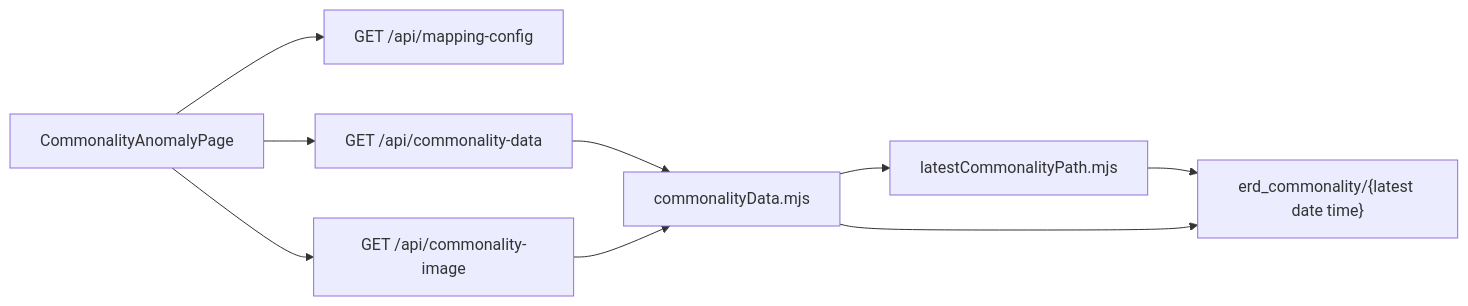
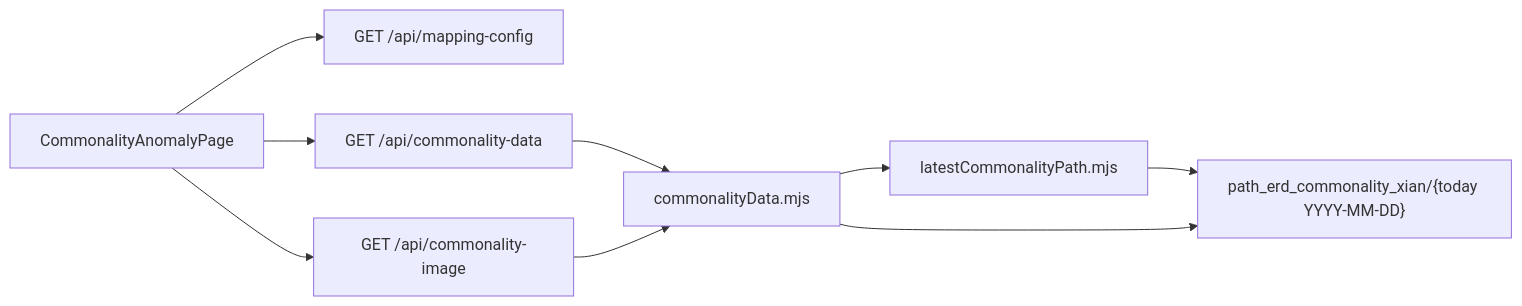
One commit to mlbarod/l0_spider_scs changed the seventh of 12 diagrams in web_structure.md. Above: the diagram before and after it, drawn with Mermaid. The commit also changed other lines of this file and 15 other files, not shown here.

````diff
--- a/web_structure.md
+++ b/web_structure.md
@@ -366,14 +367,14 @@
 ```mermaid
 flowchart LR
     PAGE["CommonalityAnomalyPage"]
     MAPAPI["GET /api/mapping-config"]
     DATAAPI["GET /api/commonality-data"]
     NODE["commonalityData.mjs"]
     LATEST["latestCommonalityPath.mjs"]
-    ROOT["erd_commonality/{latest date time}"]
+    ROOT["path_erd_commonality_xian/{today YYYY-MM-DD}"]
     IMGAPI["GET /api/commonality-image"]
 
     PAGE --> MAPAPI
     PAGE --> DATAAPI --> NODE --> LATEST --> ROOT
     PAGE --> IMGAPI --> NODE --> ROOT
 ```
````
